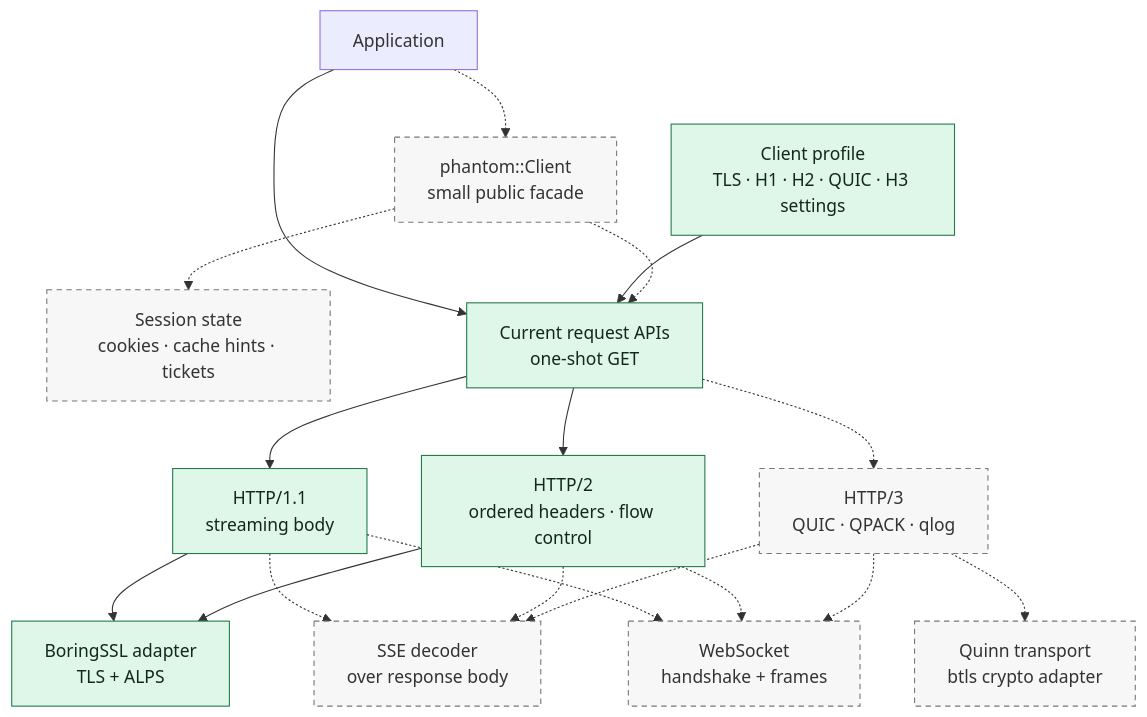
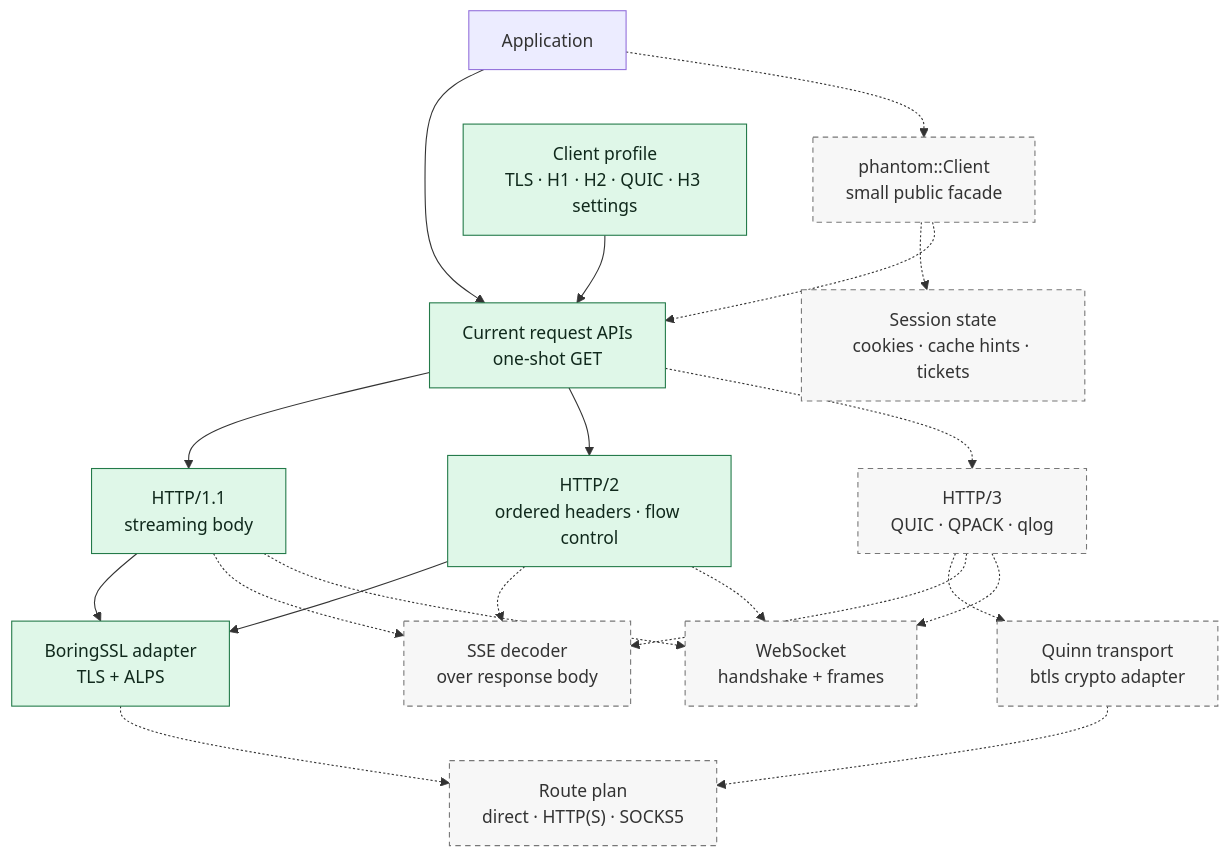
Before and after one commit to bywayhq/phantom: the first of 4 diagrams in docs/architecture.md, drawn with Mermaid. The commit also changed other lines of this file and 4 other files, not shown here.

````diff
--- a/docs/architecture.md
+++ b/docs/architecture.md
@@ -22,39 +22,42 @@
 ```mermaid
 flowchart TB
     User[Application]
     Client["phantom::Client<br/>small public facade"]
     Session["Session state<br/>cookies · cache hints · tickets"]
     Profile["Client profile<br/>TLS · H1 · H2 · QUIC · H3 settings"]
+    Route["Route plan<br/>direct · HTTP(S) · SOCKS5"]
     Request["Current request APIs<br/>one-shot GET"]
 
     H1["HTTP/1.1<br/>streaming body"]
     H2["HTTP/2<br/>ordered headers · flow control"]
     H3["HTTP/3<br/>QUIC · QPACK · qlog"]
     TLS["BoringSSL adapter<br/>TLS + ALPS"]
     QUIC["Quinn transport<br/>btls crypto adapter"]
     SSE["SSE decoder<br/>over response body"]
     WS["WebSocket<br/>handshake + frames"]
 
     User --> Request
     Profile --> Request
     Request --> H1
     Request --> H2
     User -.-> Client
     Client -.-> Session
     Client -.-> Request
     Request -.-> H3
     H1 --> TLS
     H2 --> TLS
     H3 -.-> QUIC
+    TLS -.-> Route
+    QUIC -.-> Route
     H1 -.-> SSE
     H2 -.-> SSE
     H3 -.-> SSE
     H1 -.-> WS
     H2 -.-> WS
     H3 -.-> WS
 
     classDef current fill:#dff7e8,stroke:#237a49,color:#10291c
     classDef planned fill:#f7f7f7,stroke:#777,stroke-dasharray:5 4,color:#333
     class Profile,Request,H1,H2,TLS current
-    class Client,Session,H3,QUIC,SSE,WS planned
+    class Client,Session,Route,H3,QUIC,SSE,WS planned
 ```
````
